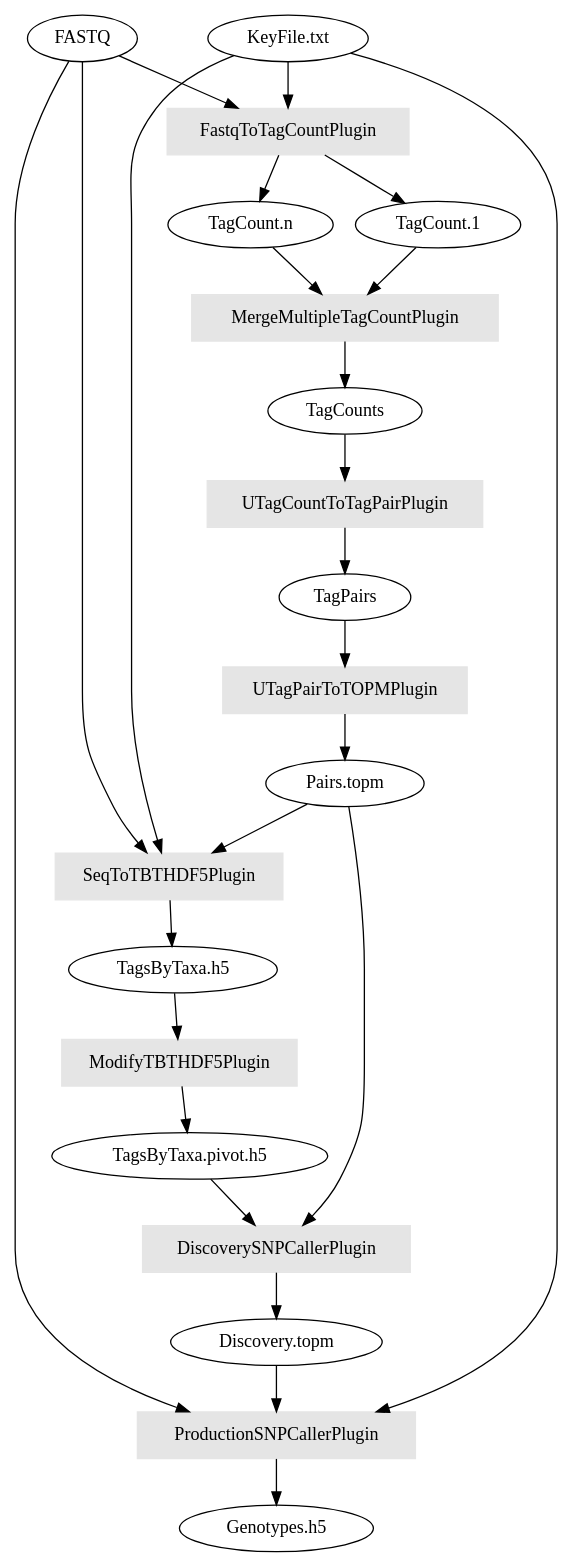
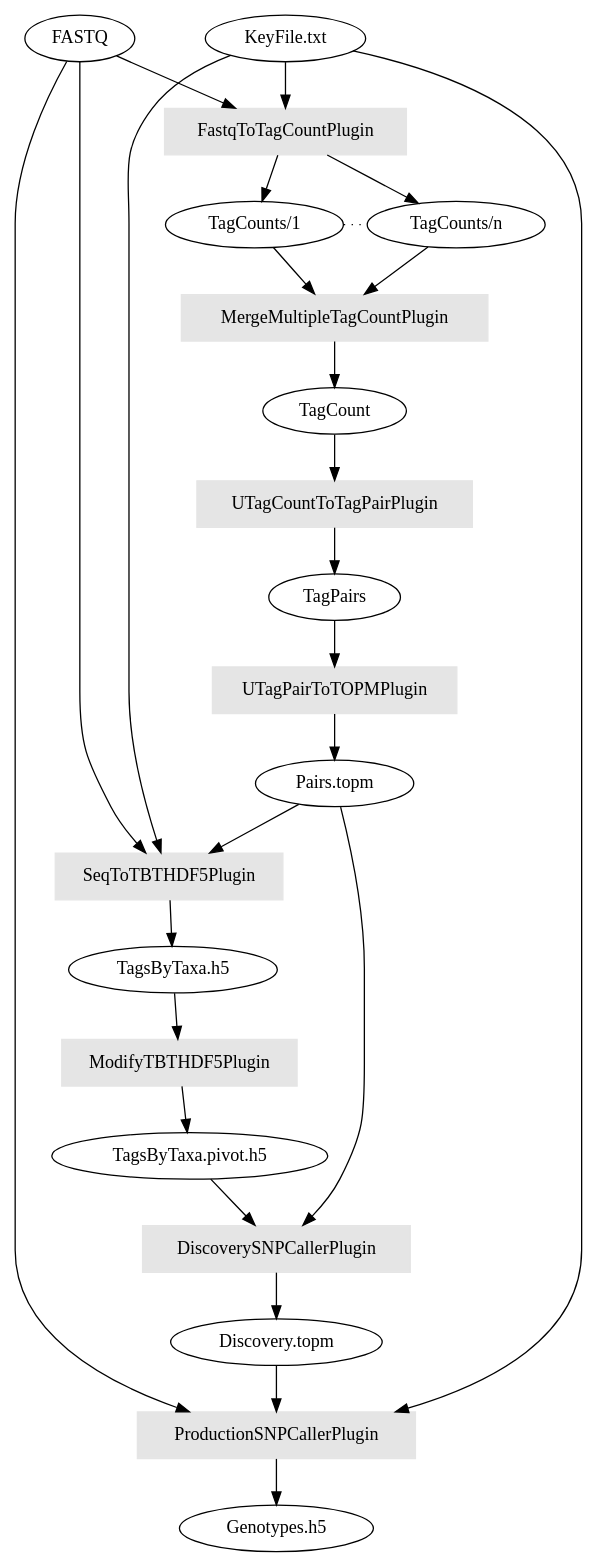
The diagram in doc/v5-uneak-flowchart.dot (AgriLife-TxGen/txgen-tassel), drawn with Graphviz before and after one commit. The commit also changed 1 other file, not shown here.

Commit message:
Cleanup of TagCount nodes on flowchart

```diff
--- a/doc/v5-uneak-flowchart.dot
+++ b/doc/v5-uneak-flowchart.dot
@@ -1,55 +1,59 @@
 digraph gbs {
 	subgraph {
 		node [ shape=box; style=filled, color=grey90; ]
 		FastqToTagCountPlugin;
 		MergeMultipleTagCountPlugin;
 		UTagCountToTagPairPlugin;
 		UTagPairToTOPMPlugin;
 		SeqToTBTHDF5Plugin;
 		ModifyTBTHDF5Plugin;
 		DiscoverySNPCallerPlugin;
 		ProductionSNPCallerPlugin;
 	};
 
 	// ################
 	FASTQ -> FastqToTagCountPlugin;
 	"KeyFile.txt" -> FastqToTagCountPlugin;
 
-	FastqToTagCountPlugin -> "TagCount.1";
-	FastqToTagCountPlugin -> "TagCount.n";
+	FastqToTagCountPlugin -> "TagCounts/1";
+	FastqToTagCountPlugin -> "TagCounts/n";
 
 	// ################
-	"TagCount.1" -> MergeMultipleTagCountPlugin;
-	"TagCount.n" -> MergeMultipleTagCountPlugin;
+	"TagCounts/1" -> MergeMultipleTagCountPlugin;
+	"TagCounts/n" -> MergeMultipleTagCountPlugin;
 
-	MergeMultipleTagCountPlugin -> TagCounts;
+	{rank=same "TagCounts/1" "TagCounts/n"};
+	//"TagCounts/1" -> "TagCounts/n" [ style=invis; label="z" ];
+	"TagCounts/1" -> "TagCounts/n" [ style=dotted; dir=none ];
+
+	MergeMultipleTagCountPlugin -> TagCount;
 
 	// ################
-	TagCounts -> UTagCountToTagPairPlugin -> TagPairs;
+	TagCount -> UTagCountToTagPairPlugin -> TagPairs;
 
 	// ################
 	TagPairs -> UTagPairToTOPMPlugin -> "Pairs.topm";
 
 	// ################
 	FASTQ -> SeqToTBTHDF5Plugin;
 	"KeyFile.txt" -> SeqToTBTHDF5Plugin;
 	"Pairs.topm" -> SeqToTBTHDF5Plugin;
 
 	SeqToTBTHDF5Plugin -> "TagsByTaxa.h5";
 
 	// ################
 	"TagsByTaxa.h5" -> ModifyTBTHDF5Plugin -> "TagsByTaxa.pivot.h5";
 
 	// ################
 	"TagsByTaxa.pivot.h5" -> DiscoverySNPCallerPlugin;
 	"Pairs.topm" -> DiscoverySNPCallerPlugin;
 
 	DiscoverySNPCallerPlugin -> "Discovery.topm";
 
 	// ################
 	FASTQ -> ProductionSNPCallerPlugin;
 	"KeyFile.txt" -> ProductionSNPCallerPlugin;
 	"Discovery.topm" -> ProductionSNPCallerPlugin;
 
 	ProductionSNPCallerPlugin -> "Genotypes.h5";
 }
```
